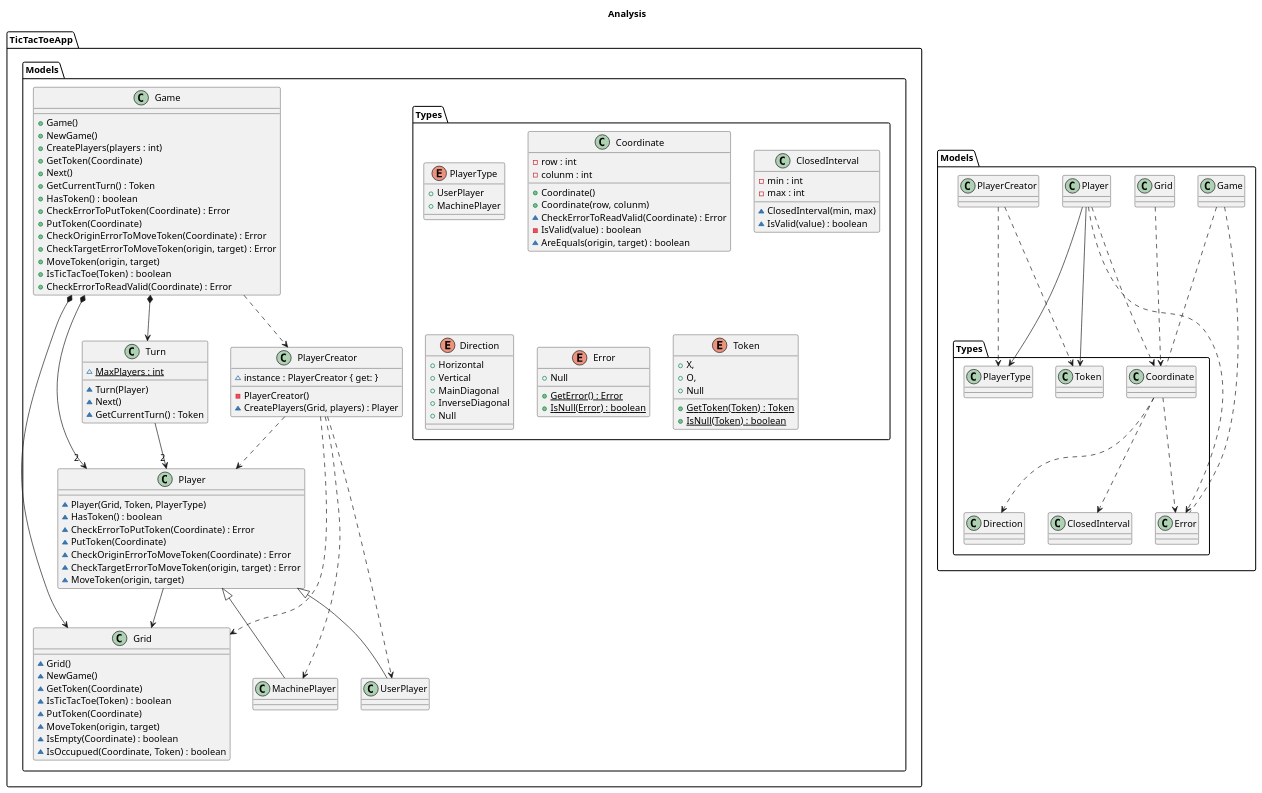
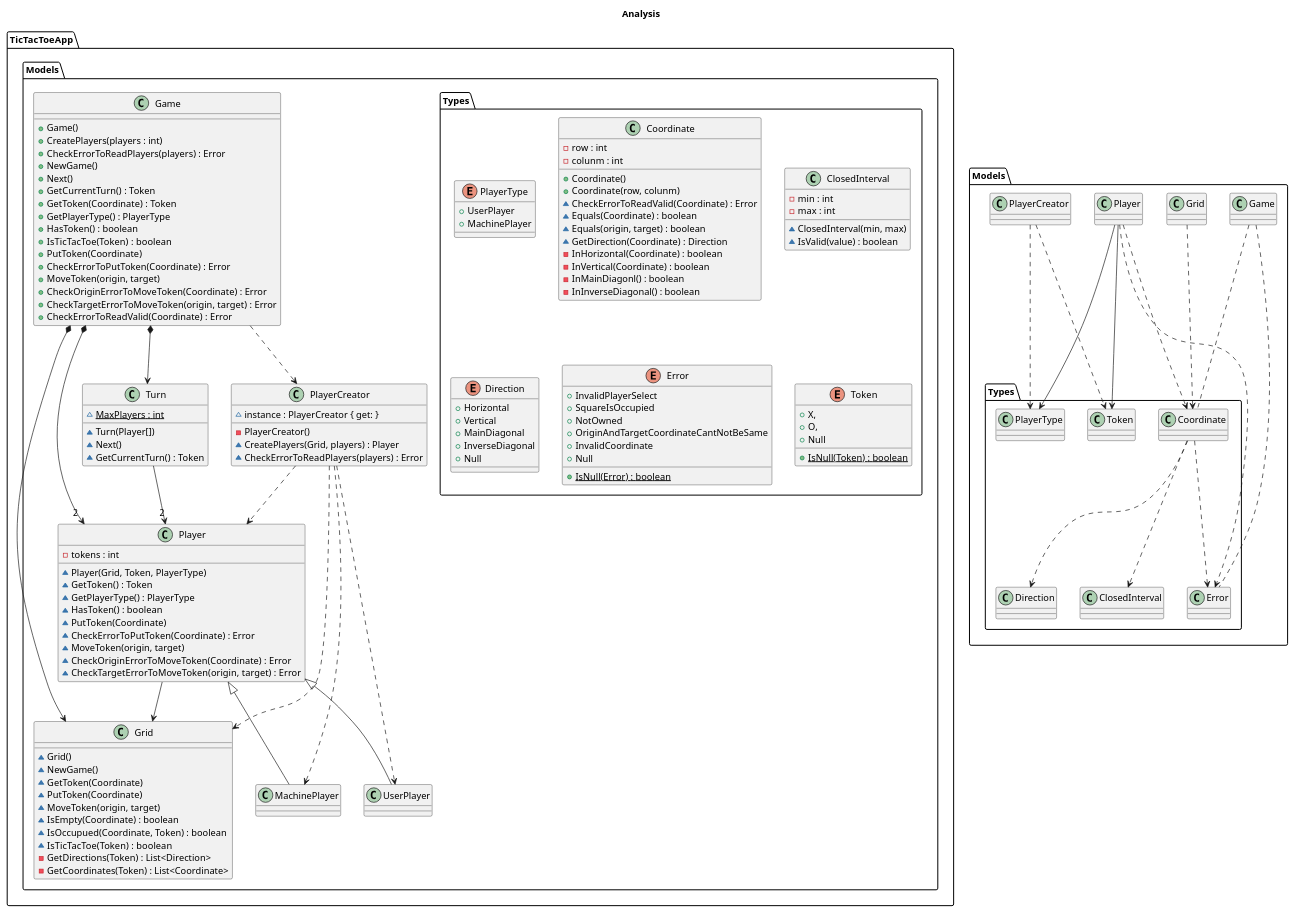
Before and after one commit to franpaulinoinfante/TicTacToe: the eighth of 10 diagrams in src/DocumentView/Basic/Docs/Analysis.plantuml, drawn with PlantUML. The commit also changed other lines of this file and 5 other files, not shown here.

```diff
--- a/src/DocumentView/Basic/Docs/Analysis.plantuml
+++ b/src/DocumentView/Basic/Docs/Analysis.plantuml
@@ -505,134 +503,150 @@
 @startuml Analysis Models
     title Analysis 
 
     package TicTacToeApp{
         namespace Models{
             class Game{
                 +Game()
+                +CreatePlayers(players : int)
+                +CheckErrorToReadPlayers(players) : Error
                 +NewGame()
-                +CreatePlayers(players : int)
-                +GetToken(Coordinate)
                 +Next()
                 +GetCurrentTurn() : Token
+                +GetToken(Coordinate) : Token
+                +GetPlayerType() : PlayerType
                 +HasToken() : boolean
+                +IsTicTacToe(Token) : boolean
+                +PutToken(Coordinate)
                 +CheckErrorToPutToken(Coordinate) : Error
-                +PutToken(Coordinate)
+                +MoveToken(origin, target)
                 +CheckOriginErrorToMoveToken(Coordinate) : Error
                 +CheckTargetErrorToMoveToken(origin, target) : Error
-                +MoveToken(origin, target)
-                +IsTicTacToe(Token) : boolean
                 +CheckErrorToReadValid(Coordinate) : Error
             }
             Game *--> Grid
             Game *--> Turn
             Game *--> "2" Player
             Game ..> PlayerCreator
 
             class PlayerCreator{
                 ~instance : PlayerCreator { get: }
                 -PlayerCreator()
                 ~CreatePlayers(Grid, players) : Player
+                ~CheckErrorToReadPlayers(players) : Error
             }
             PlayerCreator ..> Player
             PlayerCreator ..> UserPlayer
             PlayerCreator ..> MachinePlayer
             PlayerCreator ..> Grid
 
             class Player{
+                -tokens : int
                 ~Player(Grid, Token, PlayerType)
+                ~GetToken() : Token
+                ~GetPlayerType() : PlayerType
                 ~HasToken() : boolean
+                ~PutToken(Coordinate)
                 ~CheckErrorToPutToken(Coordinate) : Error
-                ~PutToken(Coordinate)
+                ~MoveToken(origin, target)
                 ~CheckOriginErrorToMoveToken(Coordinate) : Error
                 ~CheckTargetErrorToMoveToken(origin, target) : Error
-                ~MoveToken(origin, target)
             }
             Player <|-- UserPlayer
             Player <|-- MachinePlayer
             Player --> Grid
 
             class Turn{
                 ~{static}MaxPlayers : int
-                ~Turn(Player)
+                ~Turn(Player[])
                 ~Next()
                 ~GetCurrentTurn() : Token
             }
             Turn --> "2" Player
 
             class Grid{
                 ~Grid()
                 ~NewGame()
                 ~GetToken(Coordinate)
-                ~IsTicTacToe(Token) : boolean
                 ~PutToken(Coordinate)
                 ~MoveToken(origin, target)
                 ~IsEmpty(Coordinate) : boolean
                 ~IsOccupued(Coordinate, Token) : boolean
+                ~IsTicTacToe(Token) : boolean
+                -GetDirections(Token) : List<Direction>
+                -GetCoordinates(Token) : List<Coordinate>
             }
 
             namespace Types{
                 enum PlayerType{
                     +UserPlayer
                     +MachinePlayer
                 }
 
                 class Coordinate{
                     -row : int
                     -colunm : int
                     +Coordinate()
                     +Coordinate(row, colunm)
                     ~CheckErrorToReadValid(Coordinate) : Error
-                    -IsValid(value) : boolean
-                    ~AreEquals(origin, target) : boolean
+                    ~Equals(Coordinate) : boolean
+                    ~Equals(origin, target) : boolean
+                    ~GetDirection(Coordinate) : Direction
+                    -InHorizontal(Coordinate) : boolean
+                    -InVertical(Coordinate) : boolean
+                    -InMainDiagonl() : boolean
+                    -InInverseDiagonal() : boolean
                 }
 
                 class ClosedInterval{
                     -min : int
                     -max : int
                     ~ClosedInterval(min, max)
                     ~IsValid(value) : boolean
                 }
 
                 enum Direction{
                     +Horizontal
                     +Vertical
                     +MainDiagonal
                     +InverseDiagonal
                     +Null
                 }
 
-                enum Error{
+                enum Error{    
+                    +InvalidPlayerSelect
+                    +SquareIsOccupied
+                    +NotOwned
+                    +OriginAndTargetCoordinateCantNotBeSame
+                    +InvalidCoordinate
                     +Null
-                    +{static}GetError() : Error
                     +{static}IsNull(Error) : boolean
                 }
 
                 enum Token{
                     +X,
                     +O,
                     +Null
-                    +{static}GetToken(Token) : Token
                     +{static}IsNull(Token) : boolean
                 }
             }
         }
     }
 
     Models.Game .. Models.Types.Coordinate
     Models.Game .. Models.Types.Error
     
     Models.Player --> Models.Types.PlayerType 
     Models.Player --> Models.Types.Token 
     Models.Player ..> Models.Types.Coordinate   
     Models.Player ..> Models.Types.Error   
 
     Models.PlayerCreator ..> Models.Types.PlayerType   
     Models.PlayerCreator ..> Models.Types.Token    
 
     Models.Grid ..> Models.Types.Coordinate
 
     Models.Types.Coordinate ..> Models.Types.Error
     Models.Types.Coordinate ..> Models.Types.Direction
     Models.Types.Coordinate ..> Models.Types.ClosedInterval
 
 @enduml
```
